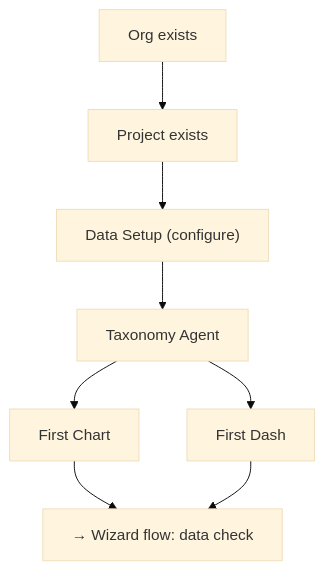
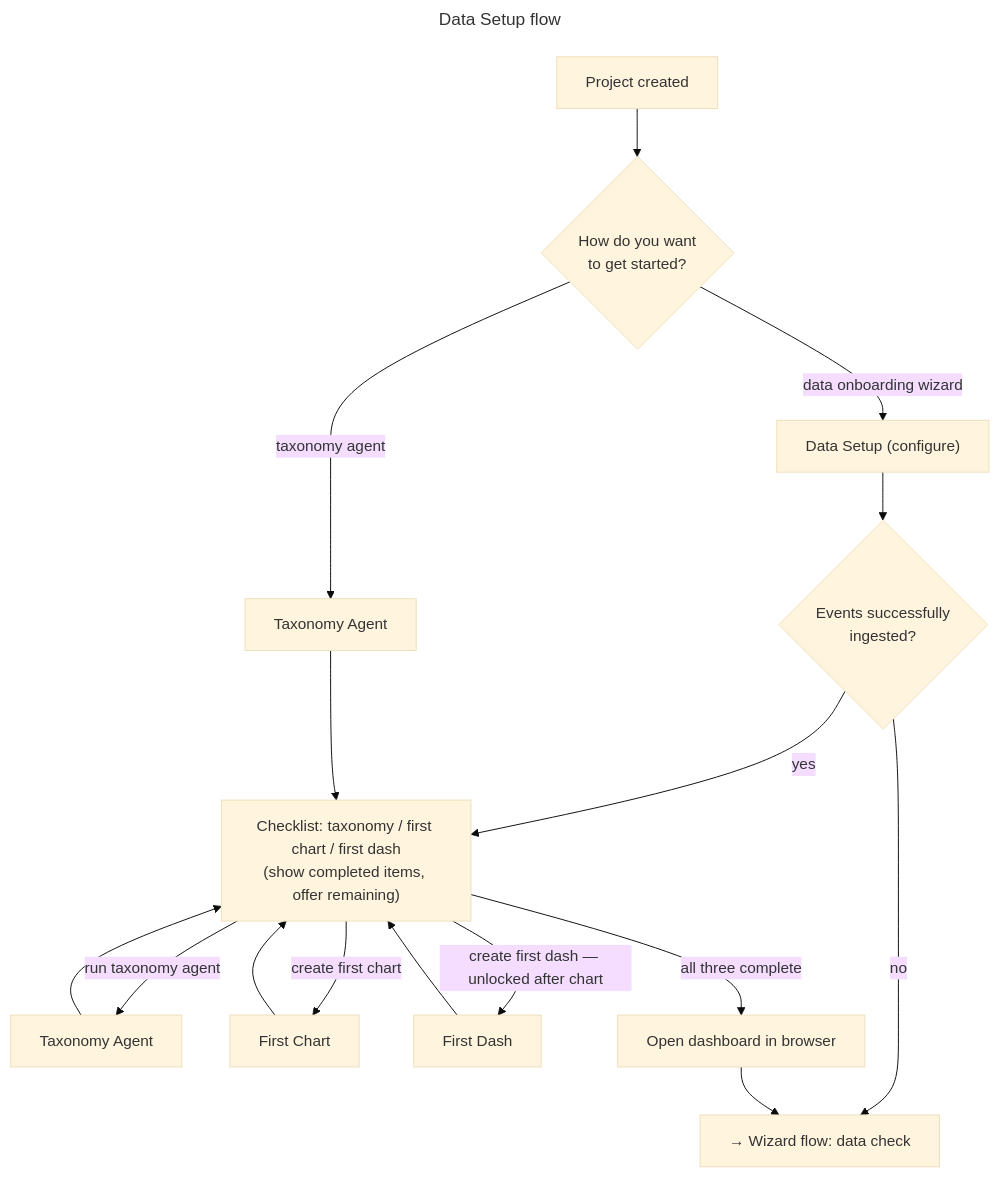
The fifth of 8 diagrams in docs/flows.md (amplitude/wizard), drawn with Mermaid (base theme) before and after one commit. The commit also changed other lines of this file and 17 other files, not shown here.

First line of the commit message:
Add CLAUDE.md, expand flows, and update docs

````diff
--- a/docs/flows.md
+++ b/docs/flows.md
@@ -121,10 +154,22 @@
 ```mermaid
+---
+title: Data Setup flow
+---
 flowchart TD
-    ORG_EXISTS["Org exists"] --> PROJ_EXISTS["Project exists"]
-    PROJ_EXISTS --> CONFIGURE["Data Setup (configure)"]
-    CONFIGURE --> TAXONOMY["Taxonomy Agent"]
-    TAXONOMY --> FIRST_CHART["First Chart"]
-    TAXONOMY --> FIRST_DASH["First Dash"]
-    FIRST_CHART --> DONE["→ Wizard flow: data check"]
-    FIRST_DASH --> DONE
+    START["Project created"] --> CHOICE{How do you want<br/>to get started?}
+    CHOICE -->|data onboarding wizard| CONFIGURE["Data Setup (configure)"]
+    CHOICE -->|taxonomy agent| TAXONOMY["Taxonomy Agent"]
+
+    CONFIGURE --> INGESTED{Events successfully<br/>ingested?}
+    INGESTED -->|no| DONE["→ Wizard flow: data check"]
+    INGESTED -->|yes| CHECKLIST
+
+    TAXONOMY --> CHECKLIST
+
+    CHECKLIST["Checklist: taxonomy / first chart / first dash<br/>(show completed items, offer remaining)"]
+    CHECKLIST -->|run taxonomy agent| TAXONOMY_RUN["Taxonomy Agent"] --> CHECKLIST
+    CHECKLIST -->|create first chart| CHART_RUN["First Chart"] --> CHECKLIST
+    CHECKLIST -->|create first dash — unlocked after chart| DASH_RUN["First Dash"] --> CHECKLIST
+    CHECKLIST -->|all three complete| OPEN_SITE["Open dashboard in browser"]
+    OPEN_SITE --> DONE
 ```
````
